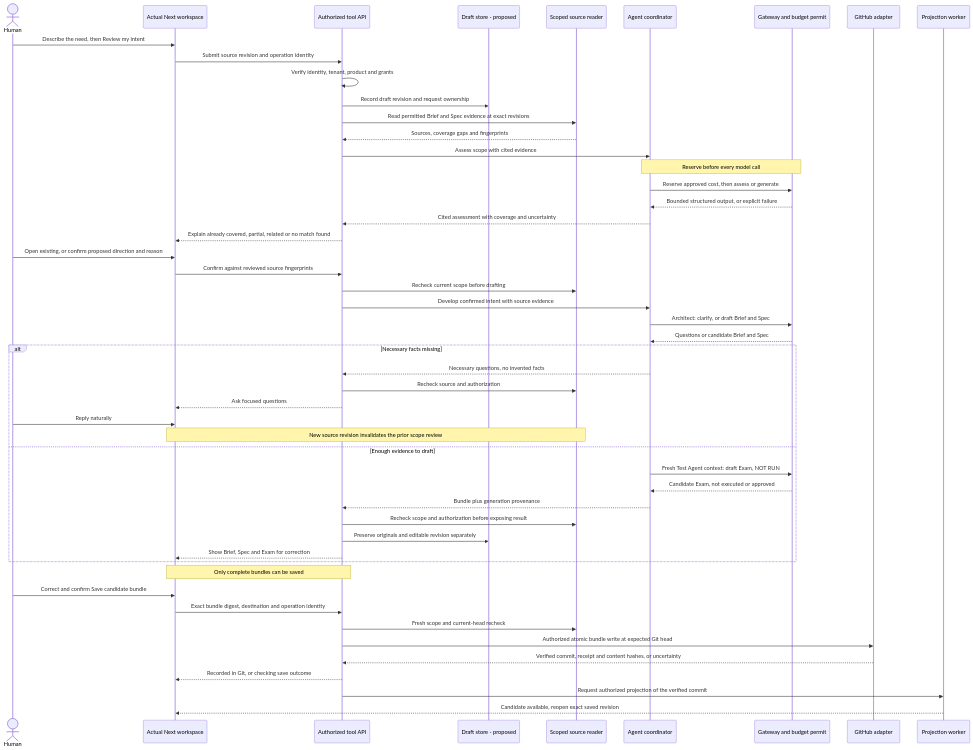
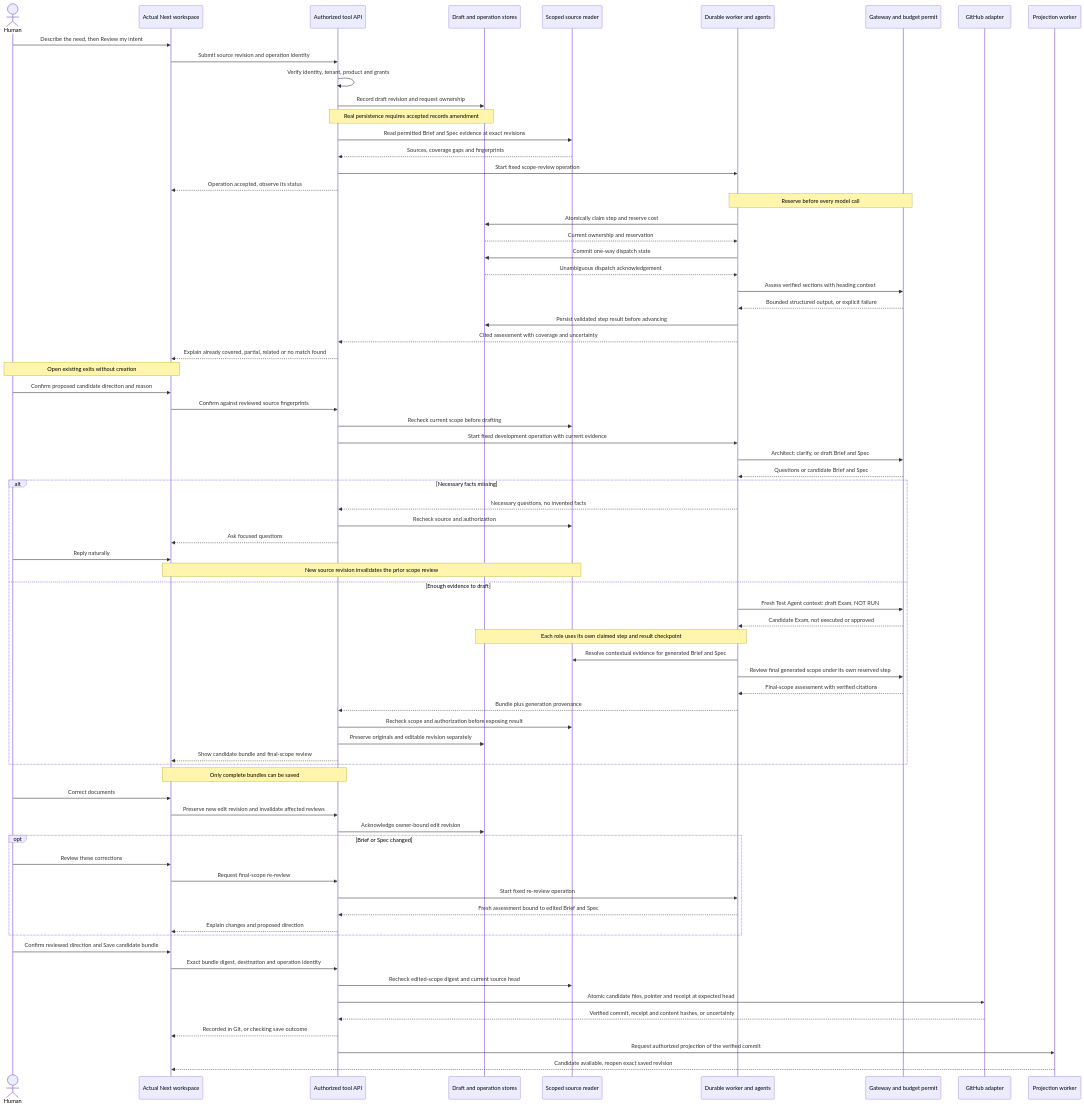
One commit to idrissenayat/steer-platform changed the second of 3 diagrams in docs/architecture/END-TO-END.md. Above: the diagram before and after it, drawn with Mermaid. The commit also changed other lines of this file and 9 other files, not shown here.

Commit message:
docs: resolve intent workflow design review findings

````diff
--- a/docs/architecture/END-TO-END.md
+++ b/docs/architecture/END-TO-END.md
@@ -106,53 +112,75 @@
 ```mermaid
 sequenceDiagram
   actor U as Human
   participant W as Actual Next workspace
   participant A as Authorized tool API
-  participant D as Draft store - proposed
+  participant D as Draft and operation stores
   participant S as Scoped source reader
-  participant R as Agent coordinator
+  participant R as Durable worker and agents
   participant G as Gateway and budget permit
   participant H as GitHub adapter
   participant P as Projection worker
   U->>W: Describe the need, then Review my intent
   W->>A: Submit source revision and operation identity
   A->>A: Verify identity, tenant, product and grants
   A->>D: Record draft revision and request ownership
+  Note over A,D: Real persistence requires accepted records amendment
   A->>S: Read permitted Brief and Spec evidence at exact revisions
   S-->>A: Sources, coverage gaps and fingerprints
-  A->>R: Assess scope with cited evidence
+  A->>R: Start fixed scope-review operation
+  A-->>W: Operation accepted, observe its status
   Note over R,G: Reserve before every model call
-  R->>G: Reserve approved cost, then assess or generate
+  R->>D: Atomically claim step and reserve cost
+  D-->>R: Current ownership and reservation
+  R->>D: Commit one-way dispatch state
+  D-->>R: Unambiguous dispatch acknowledgement
+  R->>G: Assess verified sections with heading context
   G-->>R: Bounded structured output, or explicit failure
+  R->>D: Persist validated step result before advancing
   R-->>A: Cited assessment with coverage and uncertainty
   A-->>W: Explain already covered, partial, related or no match found
-  U->>W: Open existing, or confirm proposed direction and reason
+  Note over U,W: Open existing exits without creation
+  U->>W: Confirm proposed candidate direction and reason
   W->>A: Confirm against reviewed source fingerprints
   A->>S: Recheck current scope before drafting
-  A->>R: Develop confirmed intent with source evidence
+  A->>R: Start fixed development operation with current evidence
   R->>G: Architect: clarify, or draft Brief and Spec
   G-->>R: Questions or candidate Brief and Spec
   alt Necessary facts missing
     R-->>A: Necessary questions, no invented facts
     A->>S: Recheck source and authorization
     A-->>W: Ask focused questions
     U->>W: Reply naturally
     Note over W,S: New source revision invalidates the prior scope review
   else Enough evidence to draft
     R->>G: Fresh Test Agent context: draft Exam, NOT RUN
     G-->>R: Candidate Exam, not executed or approved
+    Note over R,D: Each role uses its own claimed step and result checkpoint
+    R->>S: Resolve contextual evidence for generated Brief and Spec
+    R->>G: Review final generated scope under its own reserved step
+    G-->>R: Final-scope assessment with verified citations
     R-->>A: Bundle plus generation provenance
     A->>S: Recheck scope and authorization before exposing result
     A->>D: Preserve originals and editable revision separately
-    A-->>W: Show Brief, Spec and Exam for correction
+    A-->>W: Show candidate bundle and final-scope review
   end
   Note over W,A: Only complete bundles can be saved
-  U->>W: Correct and confirm Save candidate bundle
+  U->>W: Correct documents
+  W->>A: Preserve new edit revision and invalidate affected reviews
+  A->>D: Acknowledge owner-bound edit revision
+  opt Brief or Spec changed
+    U->>W: Review these corrections
+    W->>A: Request final-scope re-review
+    A->>R: Start fixed re-review operation
+    R-->>A: Fresh assessment bound to edited Brief and Spec
+    A-->>W: Explain changes and proposed direction
+  end
+  U->>W: Confirm reviewed direction and Save candidate bundle
   W->>A: Exact bundle digest, destination and operation identity
-  A->>S: Fresh scope and current-head recheck
-  A->>H: Authorized atomic bundle write at expected Git head
+  A->>S: Recheck edited-scope digest and current source head
+  A->>H: Atomic candidate files, pointer and receipt at expected head
   H-->>A: Verified commit, receipt and content hashes, or uncertainty
   A-->>W: Recorded in Git, or checking save outcome
   A->>P: Request authorized projection of the verified commit
   P-->>W: Candidate available, reopen exact saved revision
 ```
````
